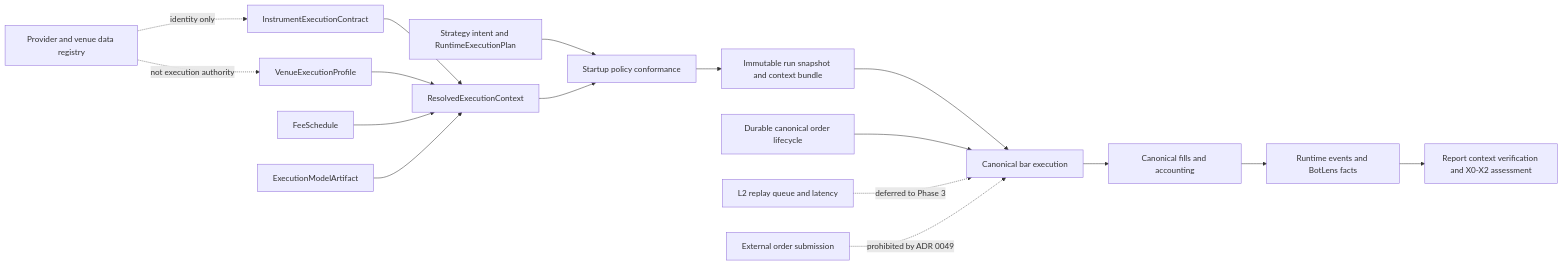
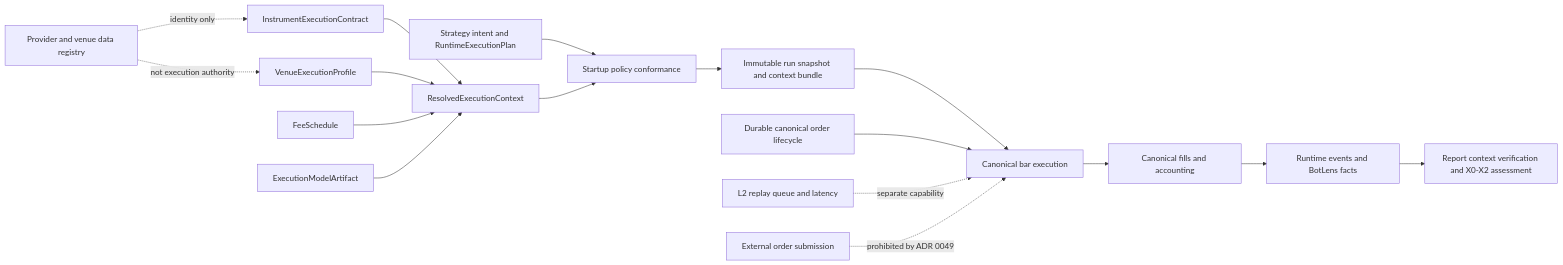
Before and after one commit to elijahbrookss/quant-trad: the diagram in docs/architecture/execution-runtime/diagrams/resolved-execution-context.mmd, drawn with Mermaid. The commit also changed 207 other files, not shown here.

```diff
--- a/docs/architecture/execution-runtime/diagrams/resolved-execution-context.mmd
+++ b/docs/architecture/execution-runtime/diagrams/resolved-execution-context.mmd
@@ -1,18 +1,18 @@
 flowchart LR
     SI[Strategy intent and RuntimeExecutionPlan] --> PC[Startup policy conformance]
     IC[InstrumentExecutionContract] --> RC[ResolvedExecutionContext]
     VP[VenueExecutionProfile] --> RC
     FS[FeeSchedule] --> RC
     EM[ExecutionModelArtifact] --> RC
     RC --> PC
     PC --> RS[Immutable run snapshot and context bundle]
     RS --> EX[Canonical bar execution]
     EX --> CF[Canonical fills and accounting]
     CF --> EV[Runtime events and BotLens facts]
     EV --> RP[Report context verification and X0-X2 assessment]
 
     PA[Provider and venue data registry] -. identity only .-> IC
     PA -. not execution authority .-> VP
     OL[Durable canonical order lifecycle] --> EX
-    L2[L2 replay queue and latency] -. deferred to Phase 3 .-> EX
+    L2[L2 replay queue and latency] -. separate capability .-> EX
     LIVE[External order submission] -. prohibited by ADR 0049 .-> EX
```
